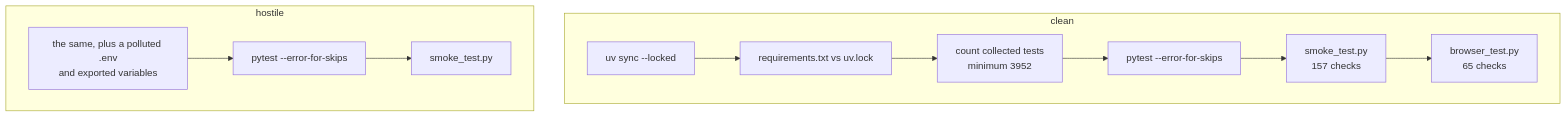
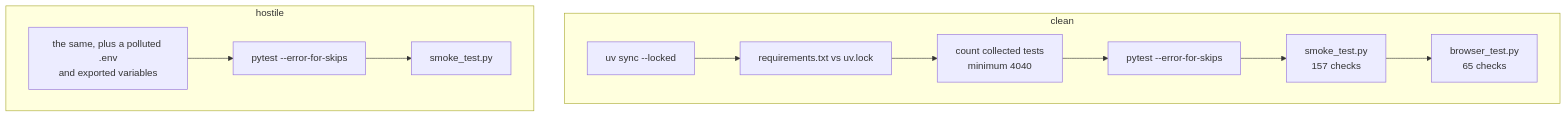
Before and after one commit to IAMN1/link-shortener: the diagram in docs/testing.md, drawn with Mermaid. The commit also changed other lines of this file and 44 other files, not shown here.

````diff
--- a/docs/testing.md
+++ b/docs/testing.md
@@ -409,12 +409,12 @@
 ```mermaid
 flowchart TD
     subgraph clean["clean"]
         C1[uv sync --locked] --> C2[requirements.txt vs uv.lock]
-        C2 --> C3[count collected tests<br/>minimum 3952] --> C4[pytest --error-for-skips]
+        C2 --> C3[count collected tests<br/>minimum 4040] --> C4[pytest --error-for-skips]
         C4 --> C5[smoke_test.py<br/>157 checks] --> C6[browser_test.py<br/>65 checks]
     end
     subgraph hostile["hostile"]
         H1[the same, plus a polluted .env<br/>and exported variables] --> H2[pytest --error-for-skips]
         H2 --> H3[smoke_test.py]
     end
 ```
````
